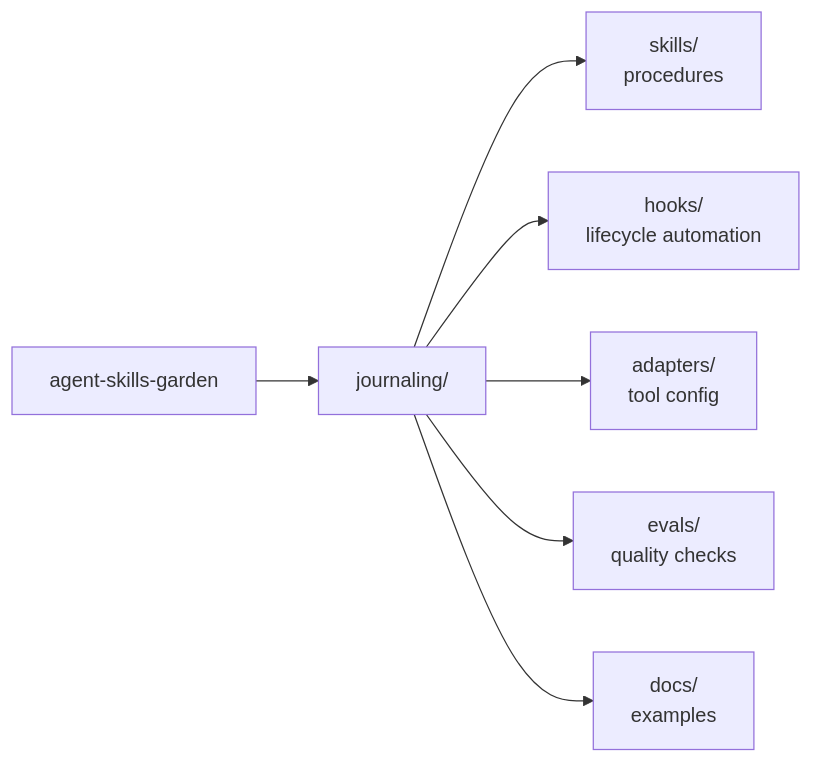
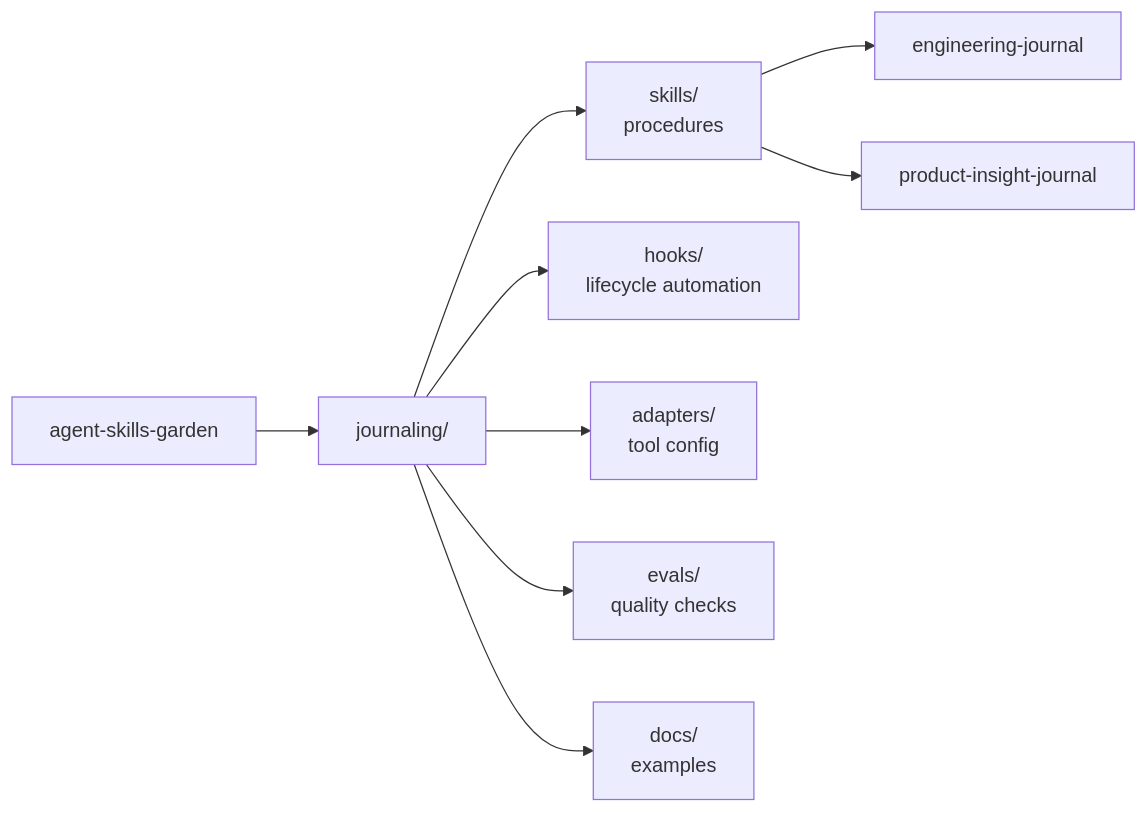
One commit to aidandevv/agent-skills-garden changed the diagram in README.md. Above: the diagram before and after it, drawn with Mermaid. The commit also changed other lines of this file and 3 other files, not shown here.

````diff
--- a/README.md
+++ b/README.md
@@ -15,10 +22,13 @@
 ```mermaid
 flowchart LR
   Garden["agent-skills-garden"] --> Journaling["journaling/"]
 
   Journaling --> Skills["skills/<br/>procedures"]
   Journaling --> Hooks["hooks/<br/>lifecycle automation"]
   Journaling --> Adapters["adapters/<br/>tool config"]
   Journaling --> Evals["evals/<br/>quality checks"]
   Journaling --> Docs["docs/<br/>examples"]
+
+  Skills --> EngSkill["engineering-journal"]
+  Skills --> ProductSkill["product-insight-journal"]
 ```
````
